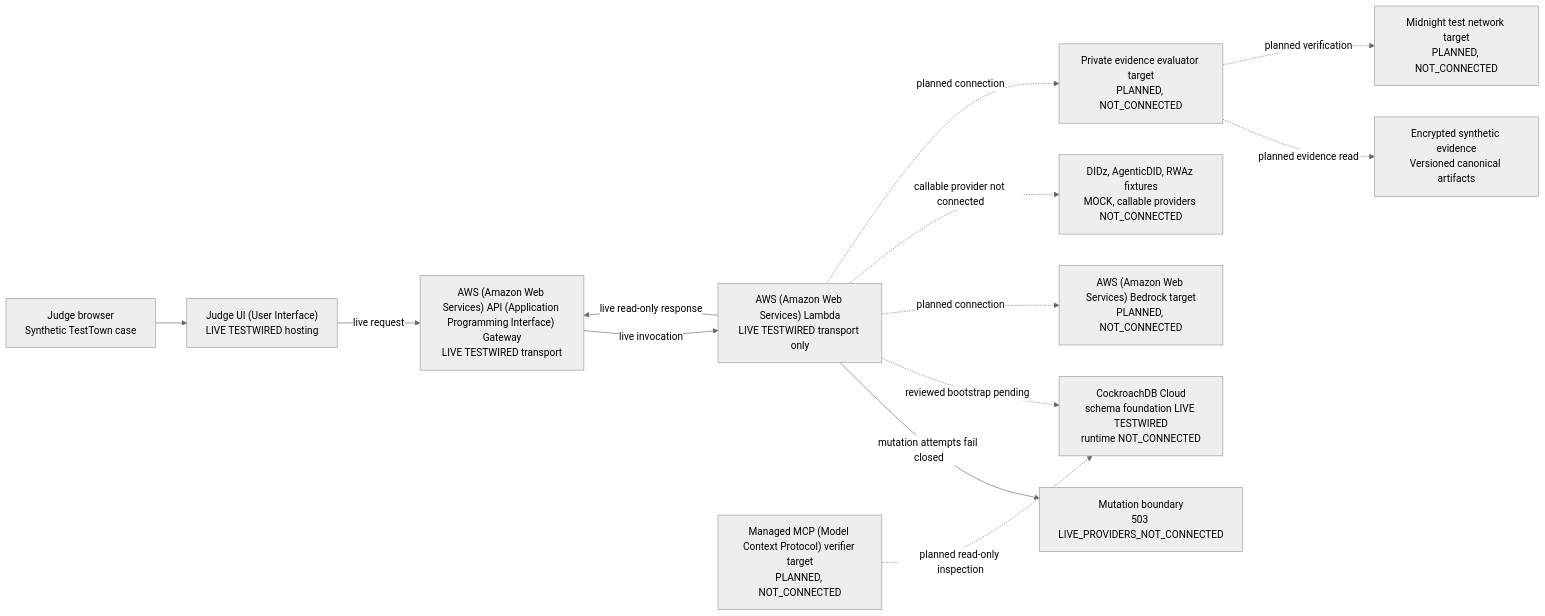
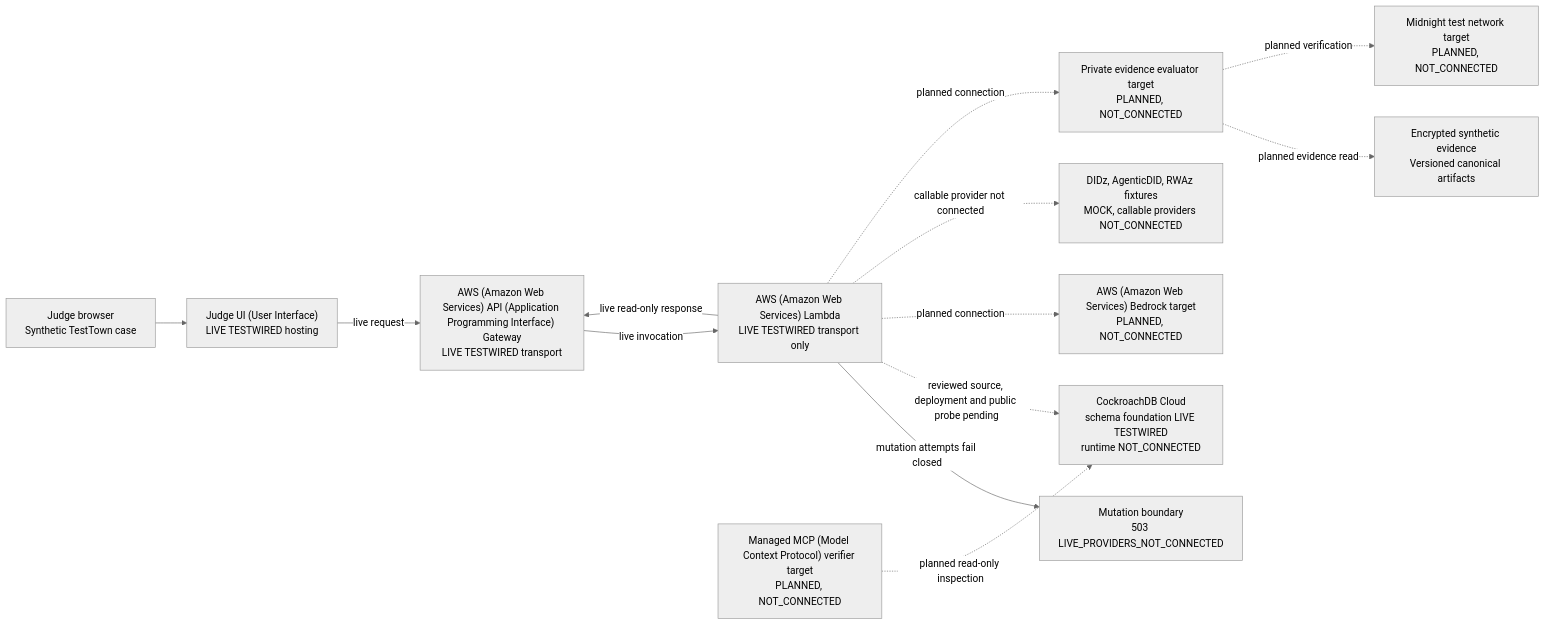
The diagram in docs/ARCHITECTURE_DIAGRAM.md (bytewizard42i/MidnightHelixCTW), drawn with Mermaid (neutral theme) before and after one commit. The commit also changed other lines of this file and 33 other files, not shown here.

````diff
--- a/docs/ARCHITECTURE_DIAGRAM.md
+++ b/docs/ARCHITECTURE_DIAGRAM.md
@@ -10,28 +10,28 @@
 ```mermaid
 flowchart LR
     Judge["Judge browser\nSynthetic TestTown case"]
     Web["Judge UI (User Interface)\nLIVE TESTWIRED hosting"]
     Gateway["AWS (Amazon Web Services) API (Application Programming Interface) Gateway\nLIVE TESTWIRED transport"]
     Lambda["AWS (Amazon Web Services) Lambda\nLIVE TESTWIRED transport only"]
     Guard["Mutation boundary\n503 LIVE_PROVIDERS_NOT_CONNECTED"]
     Bedrock["AWS (Amazon Web Services) Bedrock target\nPLANNED, NOT_CONNECTED"]
     Cockroach["CockroachDB Cloud\nschema foundation LIVE TESTWIRED\nruntime NOT_CONNECTED"]
     MCP["Managed MCP (Model Context Protocol) verifier target\nPLANNED, NOT_CONNECTED"]
     Evaluator["Private evidence evaluator target\nPLANNED, NOT_CONNECTED"]
     Midnight["Midnight test network target\nPLANNED, NOT_CONNECTED"]
     Evidence["Encrypted synthetic evidence\nVersioned canonical artifacts"]
     Mocks["DIDz, AgenticDID, RWAz fixtures\nMOCK, callable providers NOT_CONNECTED"]
 
     Judge --> Web
     Web -->|"live request"| Gateway
     Gateway -->|"live invocation"| Lambda
     Lambda -->|"live read-only response"| Gateway
     Lambda -->|"mutation attempts fail closed"| Guard
-    Lambda -. "reviewed bootstrap pending" .-> Cockroach
+    Lambda -. "reviewed source, deployment and public probe pending" .-> Cockroach
     Lambda -. "planned connection" .-> Bedrock
     Lambda -. "callable provider not connected" .-> Mocks
     Lambda -. "planned connection" .-> Evaluator
     Evaluator -. "planned evidence read" .-> Evidence
     Evaluator -. "planned verification" .-> Midnight
     MCP -. "planned read-only inspection" .-> Cockroach
 ```
````
